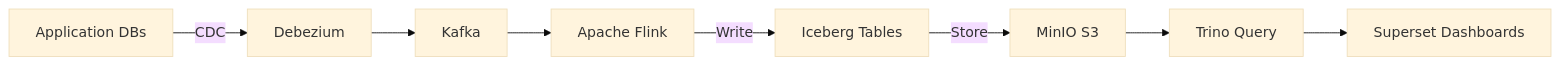
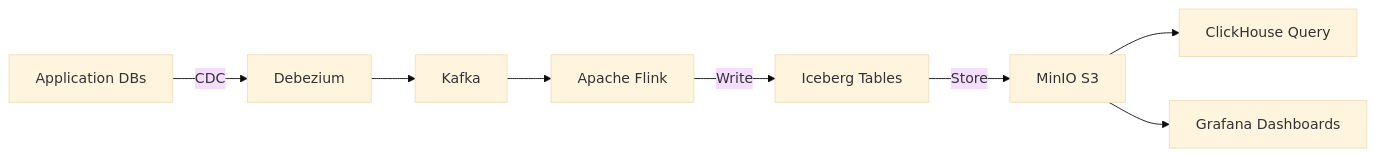
One commit to openova-io/openova changed the second of 2 diagrams in platform/flink/README.md. Above: the diagram before and after it, drawn with Mermaid (base theme). The commit also changed other lines of this file and 50 other files, not shown here.

````diff
--- a/platform/flink/README.md
+++ b/platform/flink/README.md
@@ -55,10 +55,10 @@
 ```mermaid
 flowchart LR
     App[Application DBs] -->|CDC| Debezium
     Debezium --> Kafka[Kafka]
     Kafka --> Flink[Apache Flink]
     Flink -->|Write| Iceberg[Iceberg Tables]
     Iceberg -->|Store| MinIO[MinIO S3]
-    MinIO --> Trino[Trino Query]
-    Trino --> Superset[Superset Dashboards]
+    MinIO --> CH[ClickHouse Query]
+    MinIO --> Grafana[Grafana Dashboards]
 ```
````
